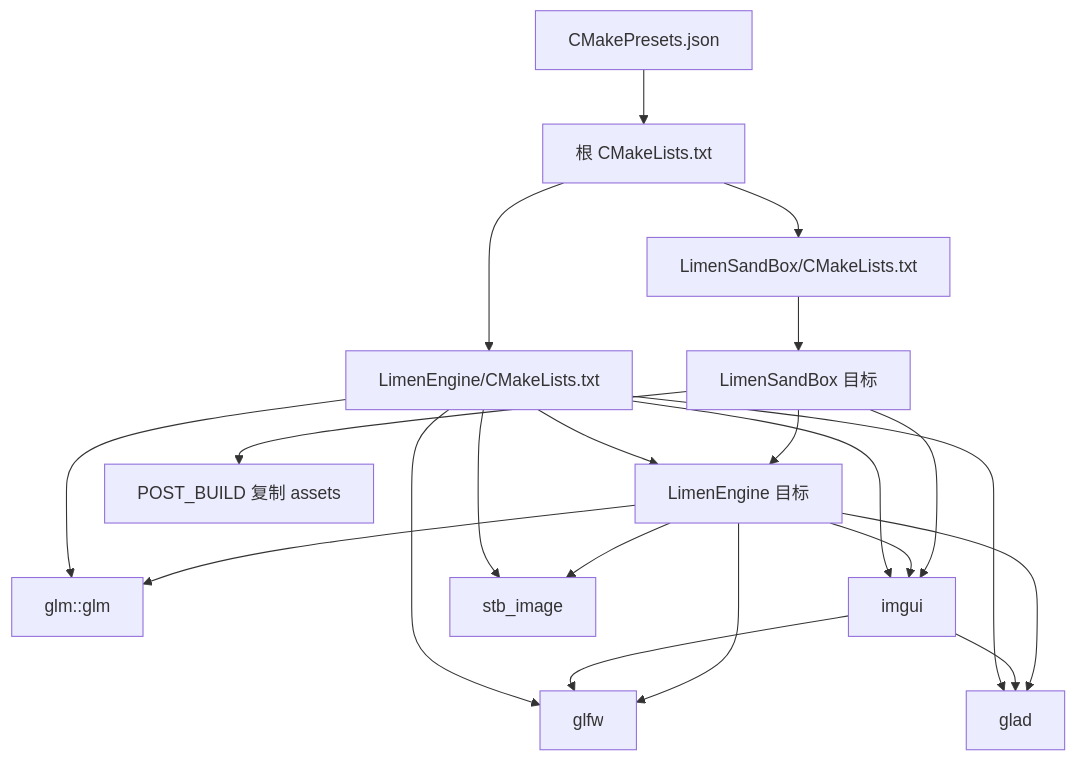
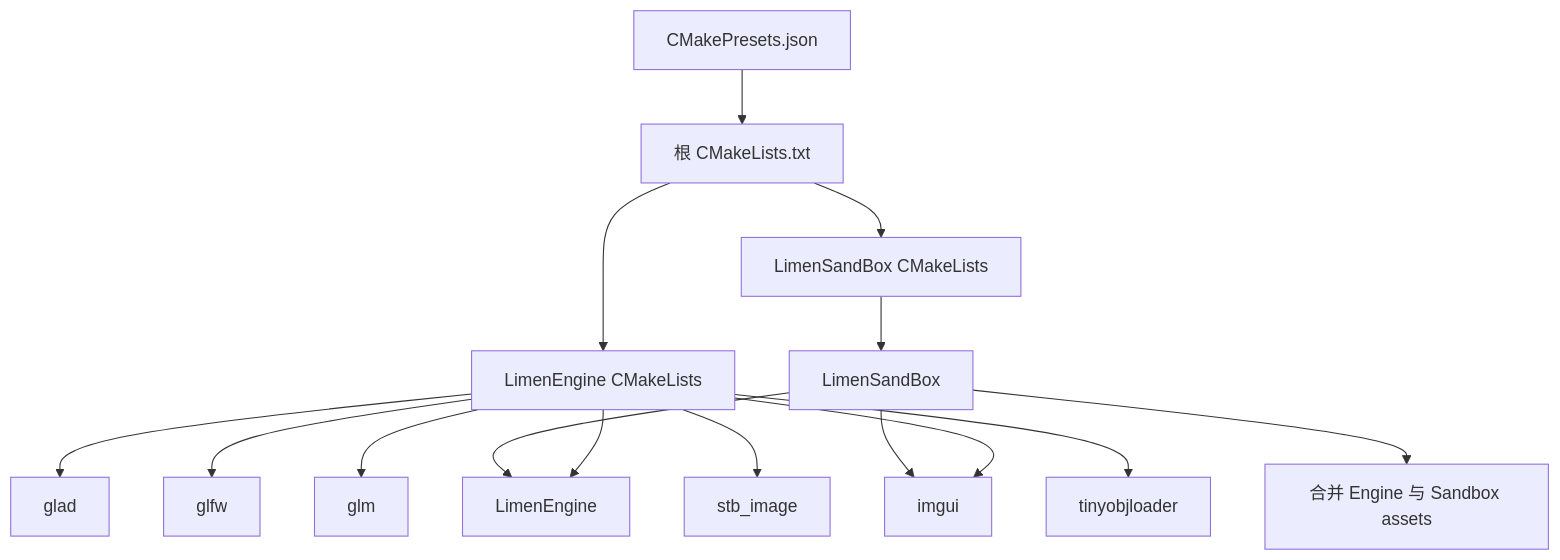
One commit to JackDowson2003/Limen-Engine changed the second of 3 diagrams in README.md. Above: the diagram before and after it, drawn with Mermaid. The commit also changed other lines of this file and 3 other files, not shown here.

Commit message:
修改POST_BUILD.sh来执行文件复制到out directory下 完整README 并同步到当前的进度 增加一个测试的图片纹理,并同测试在norm中

````diff
--- a/README.md
+++ b/README.md
@@ -266,23 +391,17 @@
 ```mermaid
 flowchart TD
     P[CMakePresets.json] --> R[根 CMakeLists.txt]
-    R --> E[LimenEngine/CMakeLists.txt]
-    R --> S[LimenSandBox/CMakeLists.txt]
-    E --> ET[LimenEngine 目标]
+    R --> E[LimenEngine CMakeLists]
+    R --> S[LimenSandBox CMakeLists]
+    E --> ET[LimenEngine]
     E --> G[glad]
     E --> F[glfw]
-    E --> M[glm::glm]
+    E --> M[glm]
     E --> I[imgui]
     E --> STB[stb_image]
-    I --> F
-    I --> G
-    ET --> F
-    ET --> G
-    ET --> I
-    ET --> STB
-    ET --> M
-    S --> APP[LimenSandBox 目标]
+    E --> OBJ[tinyobjloader]
+    S --> APP[LimenSandBox]
     APP --> ET
     APP --> I
-    APP --> COPY[POST_BUILD 复制 assets]
+    APP --> COPY[合并 Engine 与 Sandbox assets]
 ```
````
